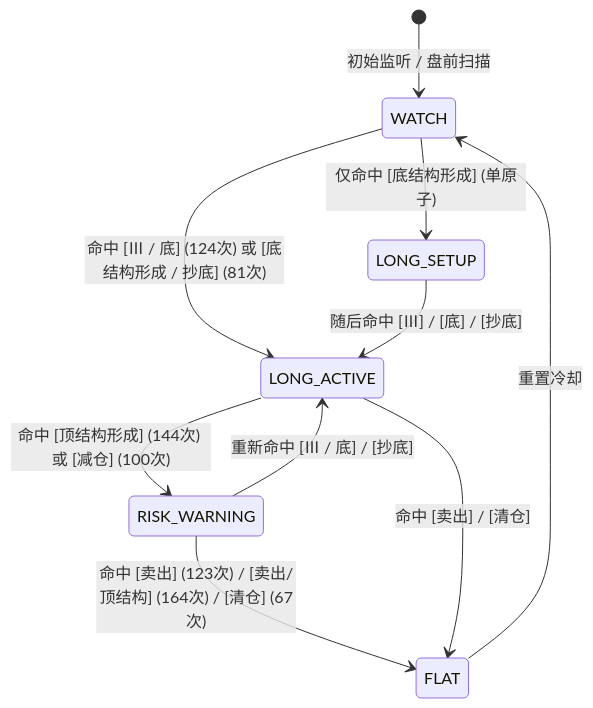
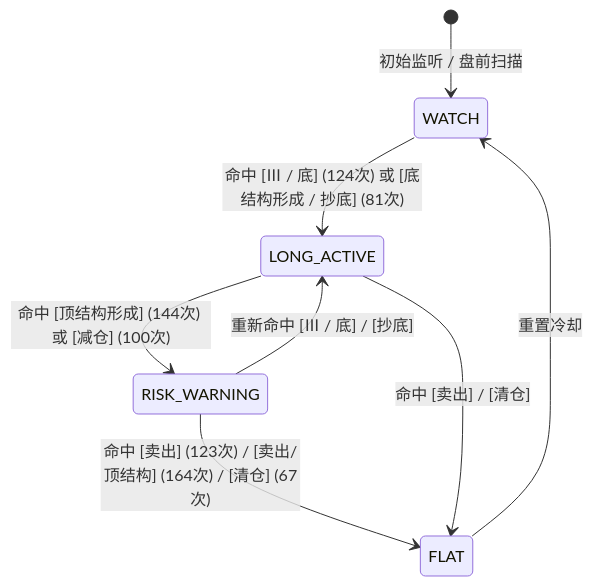
The diagram in data/specs/STAGE2_signal_statemachine.md (wikiTang-code/whop-wechat-bridge), drawn with Mermaid before and after one commit. The commit also changed other lines of this file and 2 other files, not shown here.

````diff
--- a/data/specs/STAGE2_signal_statemachine.md
+++ b/data/specs/STAGE2_signal_statemachine.md
@@ -43,16 +43,14 @@
 ```mermaid
 stateDiagram-v2
     [*] --> WATCH: 初始监听 / 盘前扫描
     
     WATCH --> LONG_ACTIVE: 命中 [Ⅲ / 底] (124次) 或 [底结构形成 / 抄底] (81次)
-    WATCH --> LONG_SETUP: 仅命中 [底结构形成] (单原子)
-    LONG_SETUP --> LONG_ACTIVE: 随后命中 [Ⅲ] / [底] / [抄底]
     
     LONG_ACTIVE --> RISK_WARNING: 命中 [顶结构形成] (144次) 或 [减仓] (100次)
     RISK_WARNING --> LONG_ACTIVE: 重新命中 [Ⅲ / 底] / [抄底]
     
     RISK_WARNING --> FLAT: 命中 [卖出] (123次) / [卖出/顶结构] (164次) / [清仓] (67次)
     LONG_ACTIVE --> FLAT: 命中 [卖出] / [清仓]
     
     FLAT --> WATCH: 重置冷却
 ```
````
